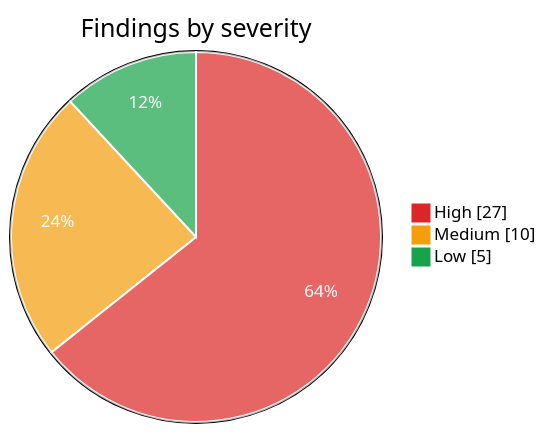
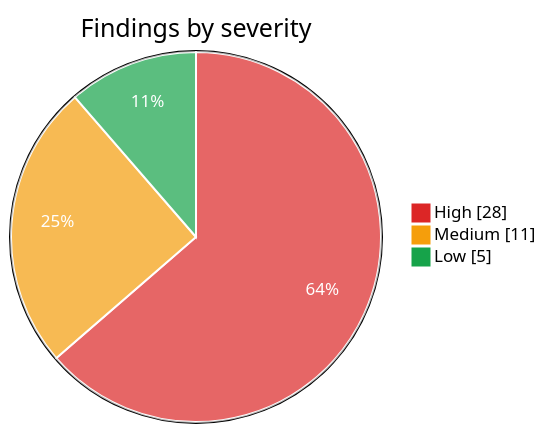
One commit to Mihirajmera/agent-access-review changed the fourth of 4 diagrams in README.md. Above: the diagram before and after it, drawn with Mermaid. The commit also changed other lines of this file and 23 other files, not shown here.

````diff
--- a/README.md
+++ b/README.md
@@ -213,7 +214,7 @@
 ```mermaid
 %%{init: {"themeVariables": {"pie1": "#dc2626", "pie2": "#f59e0b", "pie3": "#16a34a", "pieSectionTextColor": "#ffffff", "pieStrokeColor": "#ffffff"}}}%%
 pie showData title Findings by severity
-    "High" : 27
-    "Medium" : 10
+    "High" : 28
+    "Medium" : 11
     "Low" : 5
 ```
````
